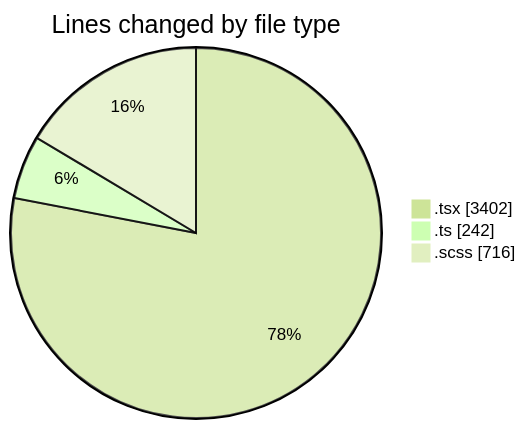
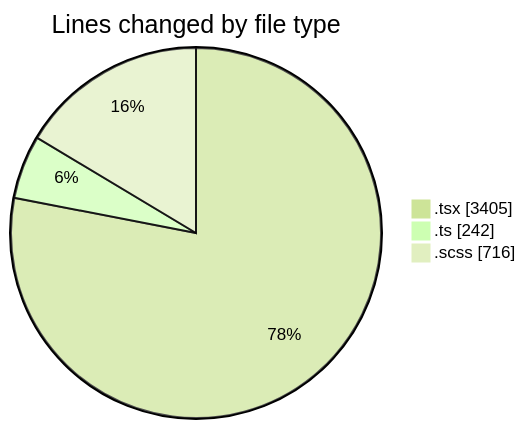
Before and after one commit to momahboobian/code-tracking: the first of 2 diagrams in 2025-09-15/cda/README.md, drawn with Mermaid (forest theme). The commit also changed other lines of this file and 1 other file, not shown here.

````diff
--- a/2025-09-15/cda/README.md
+++ b/2025-09-15/cda/README.md
@@ -25,7 +25,7 @@
 ```mermaid
 pie showData
 title Lines changed by file type
-".tsx" : 3402
+".tsx" : 3405
 ".ts" : 242
 ".scss" : 716
 ```
````
